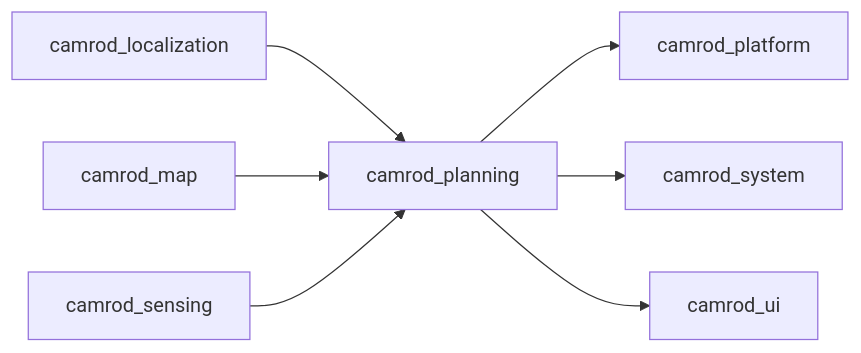
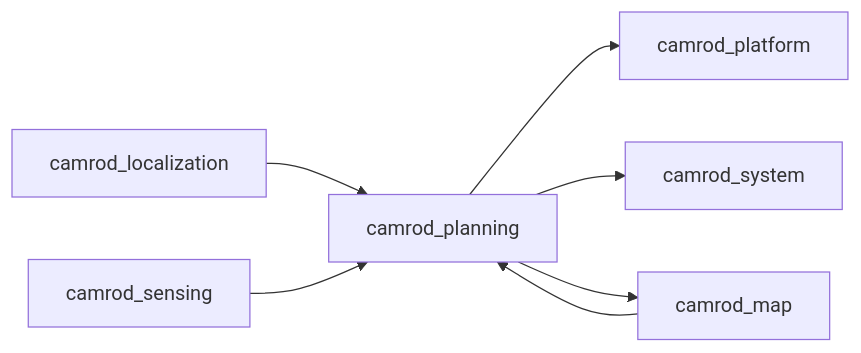
Before and after one commit to hwanhonglee/CAMROD: the second of 2 diagrams in camrod_planning/README.md, drawn with Mermaid. The commit also changed other lines of this file and 15 other files, not shown here.

````diff
--- a/camrod_planning/README.md
+++ b/camrod_planning/README.md
@@ -46,9 +82,9 @@
 ```mermaid
 graph LR
   LOC[camrod_localization] --> PLAN[camrod_planning]
   MAP[camrod_map] --> PLAN
-  SENSING[camrod_sensing] --> PLAN
-  PLAN --> PLATFORM[camrod_platform]
-  PLAN --> SYSTEM[camrod_system]
-  PLAN --> API[camrod_ui]
+  SENS[camrod_sensing] --> PLAN
+  PLAN --> PLAT[camrod_platform]
+  PLAN --> SYS[camrod_system]
+  PLAN --> MAP
 ```
````
